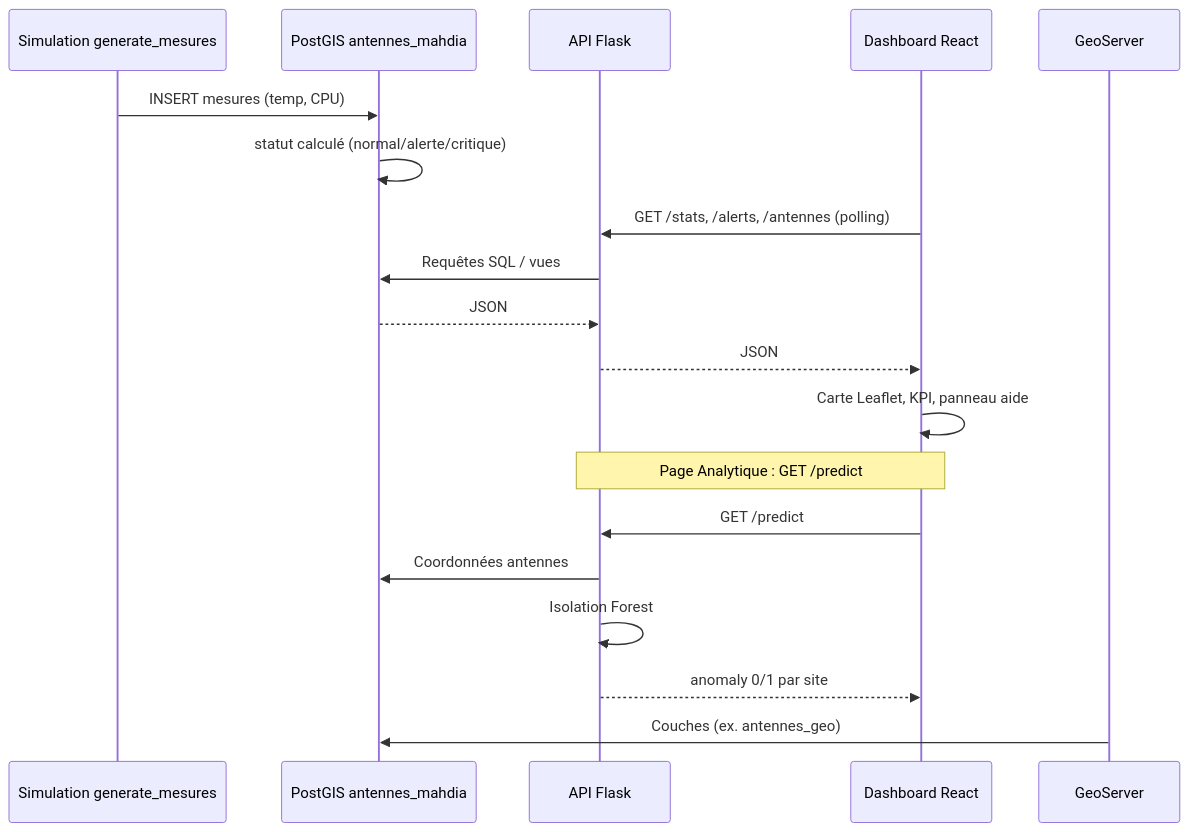
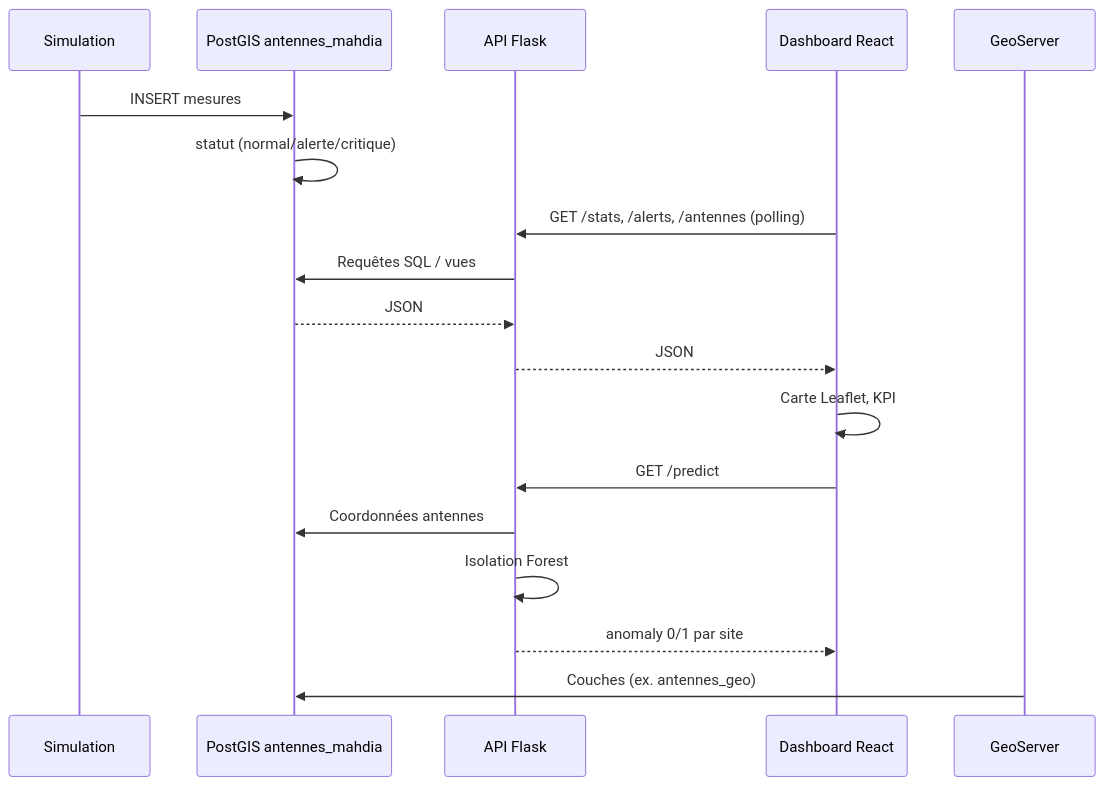
The second of 3 diagrams in docs (1)/architecture_rapport_PFE (1).md (malek-24/geo-telecom-noc), drawn with Mermaid before and after one commit. The commit also changed other lines of this file and 102 other files, not shown here.

````diff
--- a/docs (1)/architecture_rapport_PFE (1).md
+++ b/docs (1)/architecture_rapport_PFE (1).md
@@ -68,24 +47,23 @@
 ```mermaid
 sequenceDiagram
-  participant Sim as Simulation generate_mesures
+  participant Sim as Simulation
   participant PG as PostGIS antennes_mahdia
   participant API as API Flask
   participant React as Dashboard React
   participant GS as GeoServer
 
-  Sim->>PG: INSERT mesures (temp, CPU)
-  PG->>PG: statut calculé (normal/alerte/critique)
+  Sim->>PG: INSERT mesures
+  PG->>PG: statut (normal/alerte/critique)
   React->>API: GET /stats, /alerts, /antennes (polling)
   API->>PG: Requêtes SQL / vues
   PG-->>API: JSON
   API-->>React: JSON
-  React->>React: Carte Leaflet, KPI, panneau aide
+  React->>React: Carte Leaflet, KPI
 
-  Note over React,API: Page Analytique : GET /predict
   React->>API: GET /predict
   API->>PG: Coordonnées antennes
   API->>API: Isolation Forest
   API-->>React: anomaly 0/1 par site
 
   GS->>PG: Couches (ex. antennes_geo)
 ```
````
